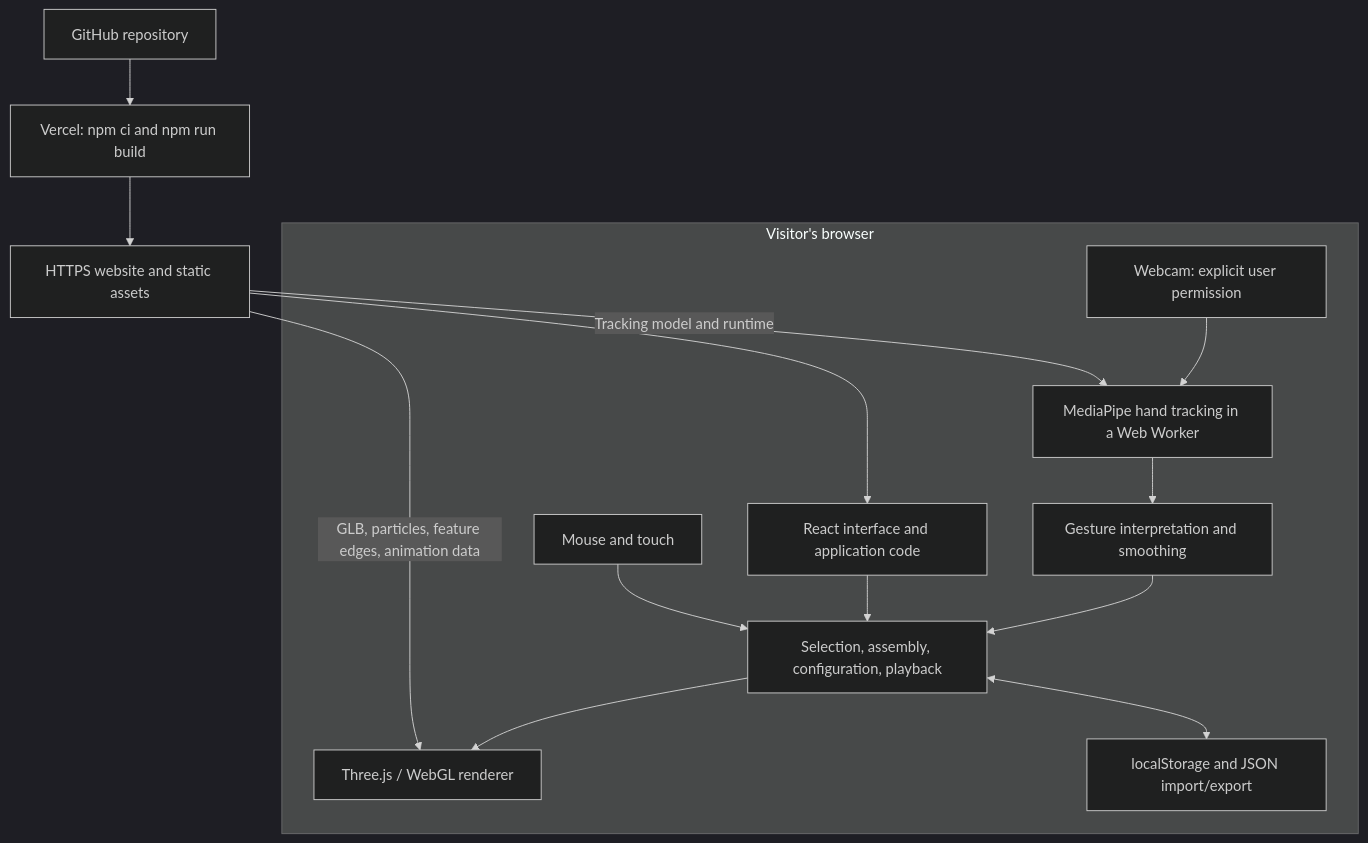
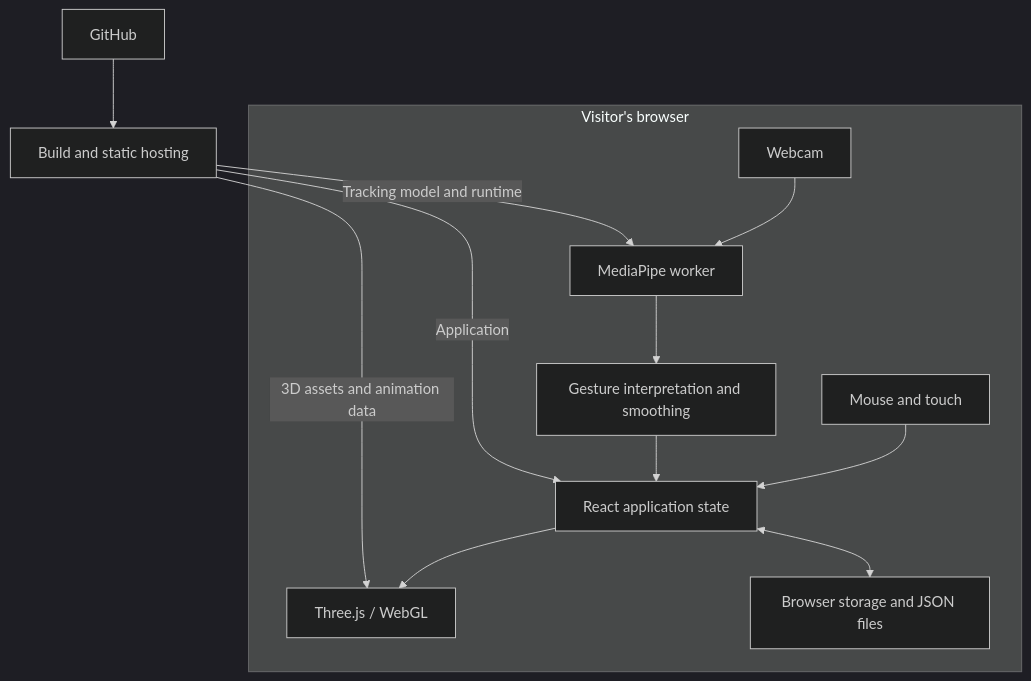
The diagram in README.md (harilama05/orbital-3d-workshop), drawn with Mermaid (dark theme) before and after one commit. The commit also changed other lines of this file, not shown here.

````diff
--- a/README.md
+++ b/README.md
@@ -42,26 +35,15 @@
 ```mermaid
 flowchart TD
-    Repo[GitHub repository] --> Build[Vercel: npm ci and npm run build]
-    Build --> Host[HTTPS website and static assets]
-
+    GitHub --> Vercel[Build and static hosting]
+    Vercel -->|Application| State
+    Vercel -->|Tracking model and runtime| Tracking
+    Vercel -->|3D assets and animation data| Render
     subgraph Browser[Visitor's browser]
-        App[React interface and application code]
-        Camera[Webcam: explicit user permission]
-        Worker[MediaPipe hand tracking in a Web Worker]
-        Gestures[Gesture interpretation and smoothing]
-        Input[Mouse and touch]
-        State[Selection, assembly, configuration, playback]
-        Renderer[Three.js / WebGL renderer]
-        Storage[localStorage and JSON import/export]
-
-        Camera --> Worker --> Gestures --> State
-        App --> State
-        Input --> State
-        State --> Renderer
-        State <--> Storage
+        Camera[Webcam] --> Tracking[MediaPipe worker]
+        Tracking --> Gestures[Gesture interpretation and smoothing]
+        Gestures --> State[React application state]
+        Input[Mouse and touch] --> State
+        State --> Render[Three.js / WebGL]
+        State <--> Storage[Browser storage and JSON files]
     end
-
-    Host --> App
-    Host -->|Tracking model and runtime| Worker
-    Host -->|GLB, particles, feature edges, animation data| Renderer
 ```
````
